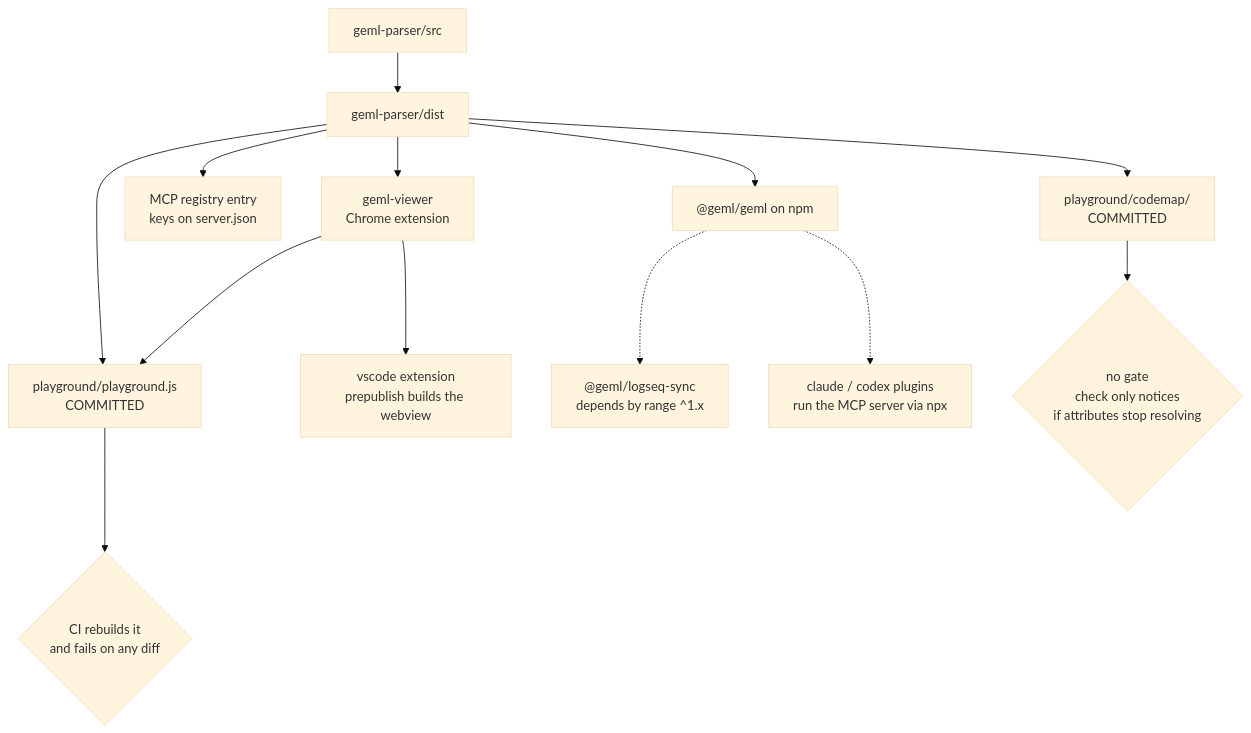
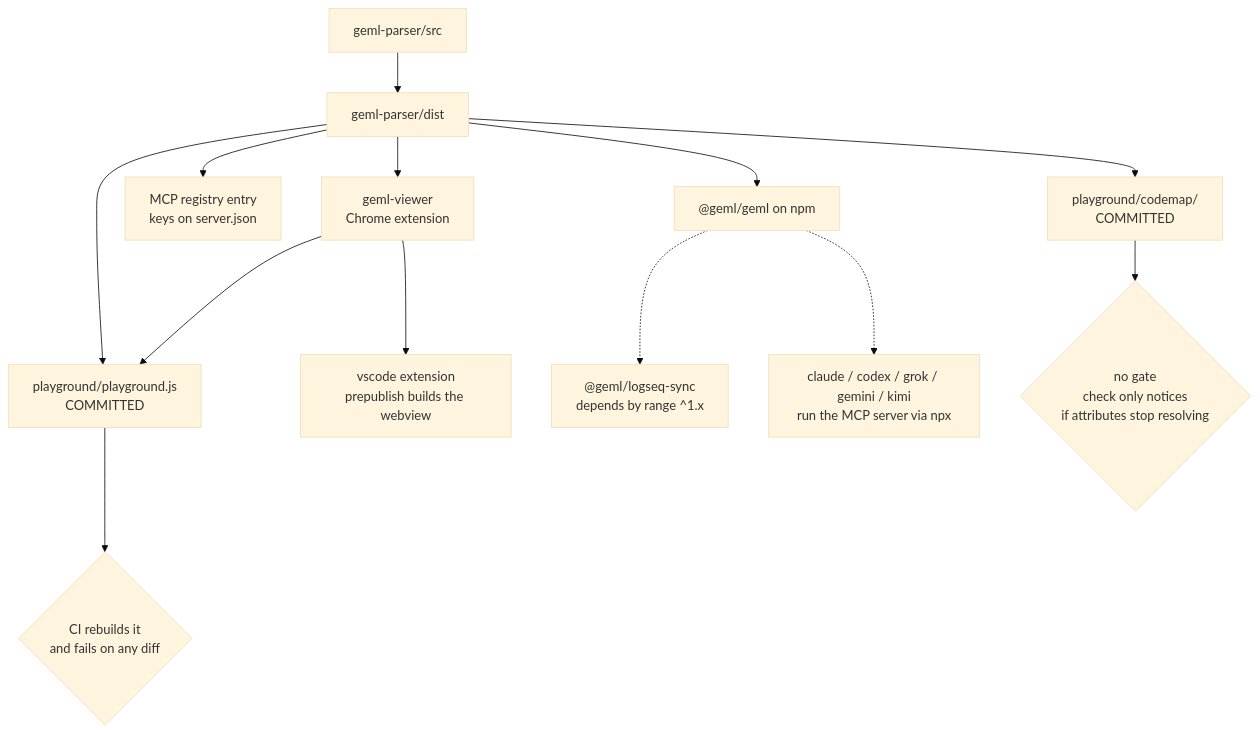
The diagram in docs/PUBLISHING.md (geml-spec/geml), drawn with Mermaid (base theme) before and after one commit. The commit also changed other lines of this file and 16 other files, not shown here.

````diff
--- a/docs/PUBLISHING.md
+++ b/docs/PUBLISHING.md
@@ -22,18 +22,18 @@
 ```mermaid
 flowchart TD
   SRC["geml-parser/src"] --> DIST["geml-parser/dist"]
 
   DIST --> NPM["@geml/geml on npm"]
   DIST --> MCP["MCP registry entry<br/>keys on server.json"]
   DIST --> VIEWER["geml-viewer<br/>Chrome extension"]
   DIST --> BUNDLE["playground/playground.js<br/>COMMITTED"]
   DIST --> MAP["playground/codemap/<br/>COMMITTED"]
   VIEWER --> VSCODE["vscode extension<br/>prepublish builds the webview"]
   VIEWER --> BUNDLE
 
   NPM -.-> LOGSEQ["@geml/logseq-sync<br/>depends by range ^1.x"]
-  NPM -.-> PLUGINS["claude / codex plugins<br/>run the MCP server via npx"]
+  NPM -.-> PLUGINS["claude / codex / grok / gemini / kimi<br/>run the MCP server via npx"]
 
   BUNDLE --> G1{"CI rebuilds it<br/>and fails on any diff"}
   MAP --> G2{"no gate<br/>check only notices<br/>if attributes stop resolving"}
 ```
````
